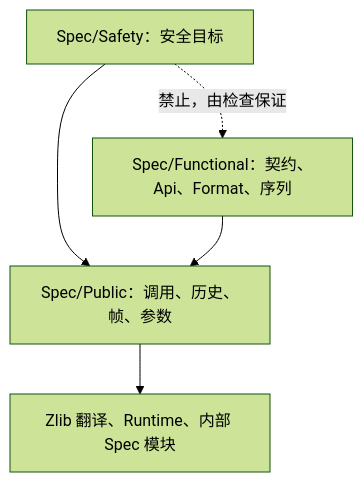
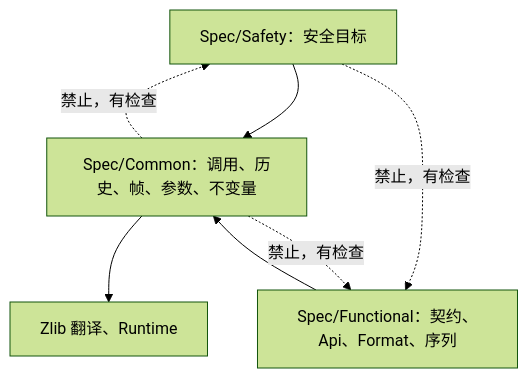
Before and after one commit to cla7aye15I4nd/oss-proof: the diagram in docs/design/safety-functional-split.zh.md, drawn with Mermaid (forest theme). The commit also changed other lines of this file and 843 other files, not shown here.

First line of the commit message:
Cleanup: stable documentation, Spec layout, per-function safety goals, refusal clauses (#165)

````diff
--- a/docs/design/safety-functional-split.zh.md
+++ b/docs/design/safety-functional-split.zh.md
@@ -18,8 +28,10 @@
 ```mermaid
 flowchart TD
-  Safety["Spec/Safety：安全目标"] --> Public
-  Functional["Spec/Functional：契约、Api、Format、序列"] --> Public
-  Public["Spec/Public：调用、历史、帧、参数"] --> Base
-  Base["Zlib 翻译、Runtime、内部 Spec 模块"]
-  Safety -. "禁止，由检查保证" .-> Functional
+  Safety["Spec/Safety：安全目标"] --> Common
+  Functional["Spec/Functional：契约、Api、Format、序列"] --> Common
+  Common["Spec/Common：调用、历史、帧、参数、不变量"] --> Base
+  Base["Zlib 翻译、Runtime"]
+  Safety -. "禁止，有检查" .-> Functional
+  Common -. "禁止，有检查" .-> Safety
+  Common -. "禁止，有检查" .-> Functional
 ```
````
